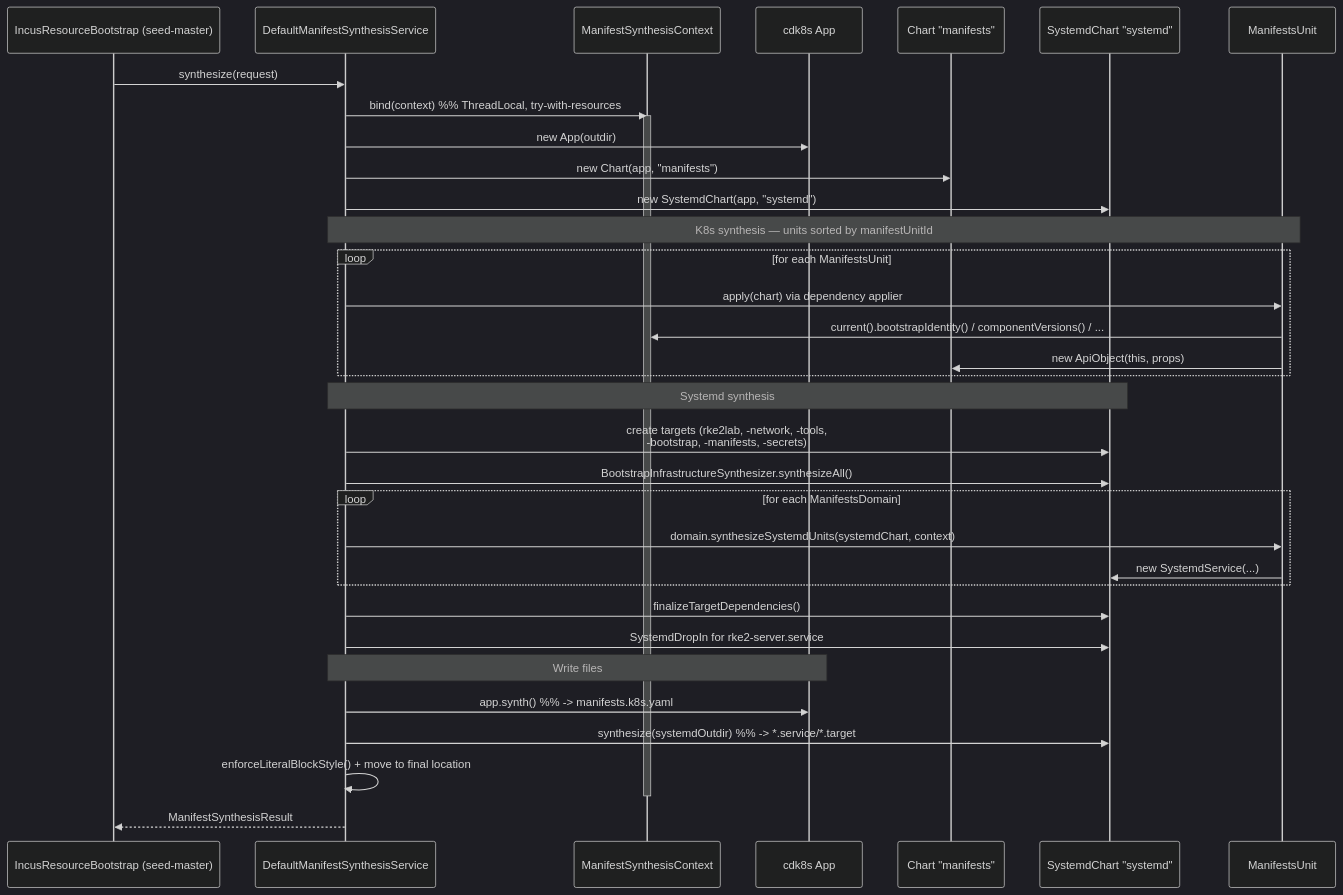
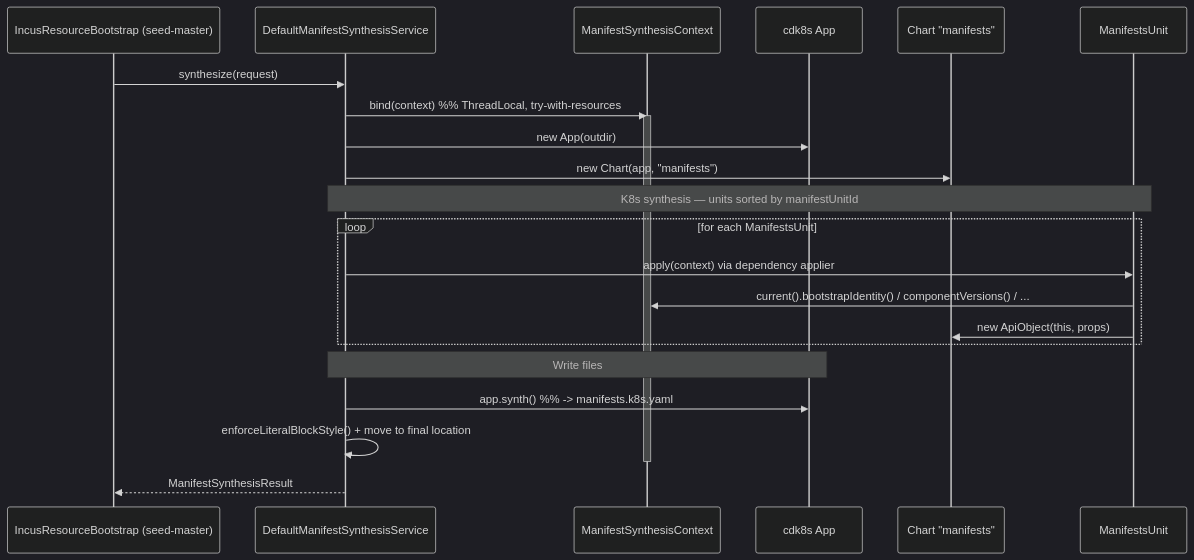
Before and after one commit to nxmatic/rke2lab: the fourth of 6 diagrams in docs/architecture/manifests/manifests-architecture.adoc, drawn with Mermaid (dark theme). The commit also changed other lines of this file and 114 other files, not shown here.

```diff
--- a/docs/architecture/manifests/manifests-architecture.adoc
+++ b/docs/architecture/manifests/manifests-architecture.adoc
@@ -436,42 +396,29 @@
 [mermaid]
 ----
 sequenceDiagram
     participant Boot as IncusResourceBootstrap (seed-master)
     participant Svc as DefaultManifestSynthesisService
     participant Ctx as ManifestSynthesisContext
     participant App as cdk8s App
     participant Chart as Chart "manifests"
-    participant SysChart as SystemdChart "systemd"
     participant Unit as ManifestsUnit
 
     Boot->>Svc: synthesize(request)
     Svc->>Ctx: bind(context)  %% ThreadLocal, try-with-resources
     activate Ctx
     Svc->>App: new App(outdir)
     Svc->>Chart: new Chart(app, "manifests")
-    Svc->>SysChart: new SystemdChart(app, "systemd")
 
     Note over Svc,Unit: K8s synthesis — units sorted by manifestUnitId
     loop for each ManifestsUnit
-        Svc->>Unit: apply(chart) via dependency applier
+        Svc->>Unit: apply(context) via dependency applier
         Unit->>Ctx: current().bootstrapIdentity() / componentVersions() / ...
         Unit->>Chart: new ApiObject(this, props)
     end
 
-    Note over Svc,SysChart: Systemd synthesis
-    Svc->>SysChart: create targets (rke2lab, -network, -tools,<br/>-bootstrap, -manifests, -secrets)
-    Svc->>SysChart: BootstrapInfrastructureSynthesizer.synthesizeAll()
-    loop for each ManifestsDomain
-        Svc->>Unit: domain.synthesizeSystemdUnits(systemdChart, context)
-        Unit->>SysChart: new SystemdService(...)
-    end
-    Svc->>SysChart: finalizeTargetDependencies()
-    Svc->>SysChart: SystemdDropIn for rke2-server.service
-
     Note over Svc,App: Write files
     Svc->>App: app.synth()  %% -> manifests.k8s.yaml
-    Svc->>SysChart: synthesize(systemdOutdir)  %% -> *.service/*.target
     Svc->>Svc: enforceLiteralBlockStyle() + move to final location
     deactivate Ctx
     Svc-->>Boot: ManifestSynthesisResult
 ----
```
